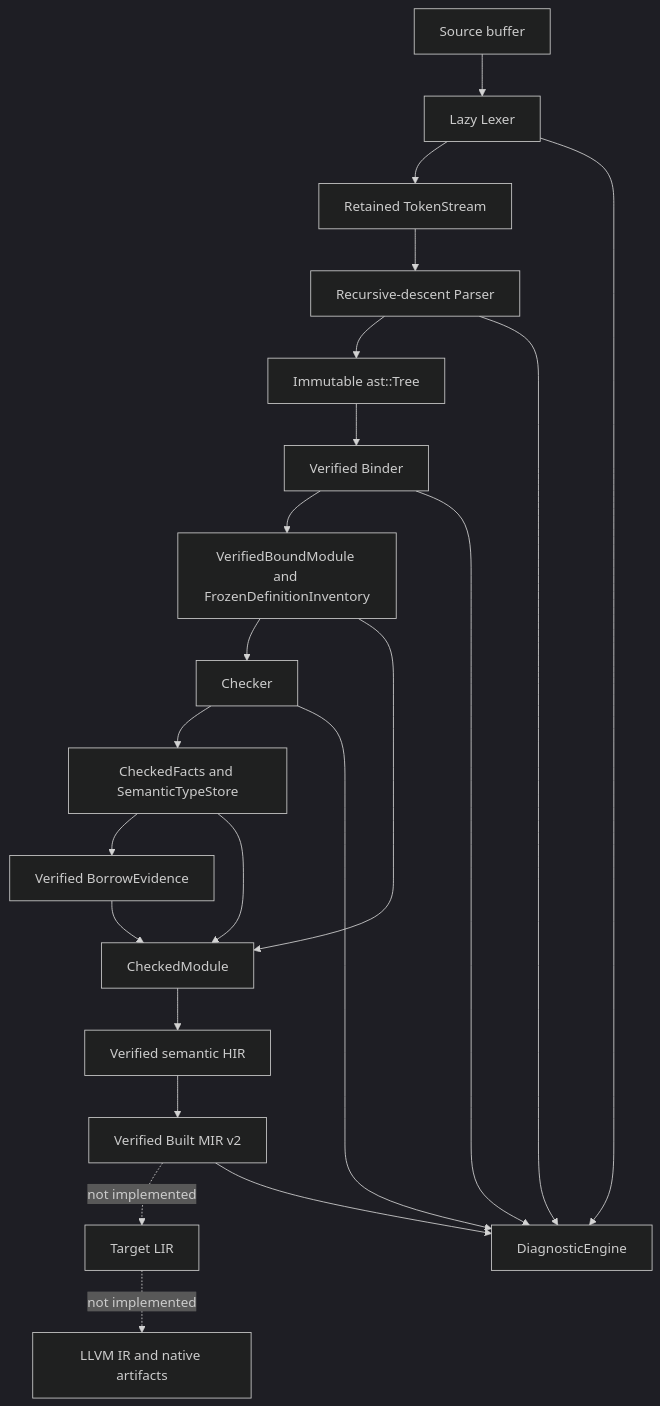
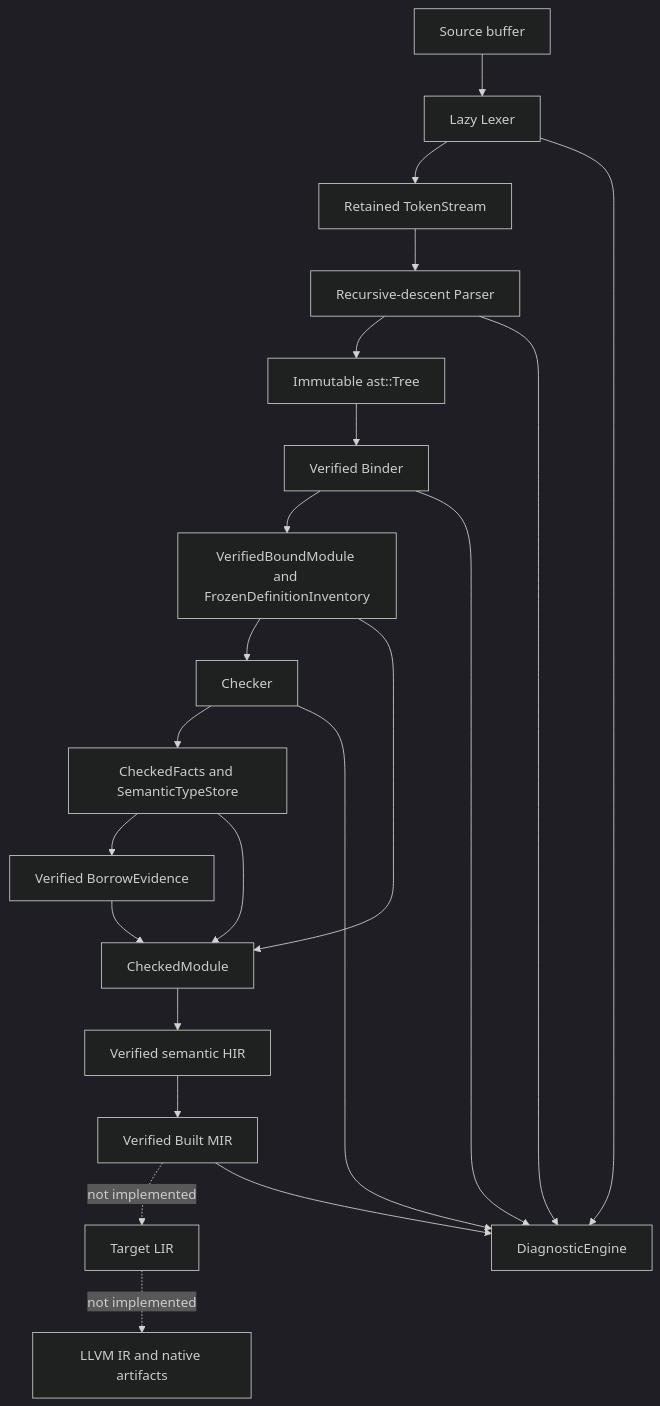
One commit to Zzzode/ZOM changed the diagram in AGENTS.md. Above: the diagram before and after it, drawn with Mermaid (dark theme). The commit also changed other lines of this file, not shown here.

First line of the commit message:
docs(repo): update AGENTS.md for MIR unversioning and design notes

````diff
--- a/AGENTS.md
+++ b/AGENTS.md
@@ -151,24 +151,24 @@
 ```mermaid
 flowchart TD
     S[Source buffer] --> L[Lazy Lexer]
     L --> T[Retained TokenStream]
     T --> P[Recursive-descent Parser]
     P --> A[Immutable ast::Tree]
     A --> B[Verified Binder]
     B --> VB[VerifiedBoundModule and FrozenDefinitionInventory]
     VB --> C[Checker]
     C --> CF[CheckedFacts and SemanticTypeStore]
     CF --> BE[Verified BorrowEvidence]
     VB --> CM[CheckedModule]
     CF --> CM
     BE --> CM
     CM --> H[Verified semantic HIR]
-    H --> M[Verified Built MIR v2]
+    H --> M[Verified Built MIR]
     M -. not implemented .-> R[Target LIR]
     R -. not implemented .-> LLVM[LLVM IR and native artifacts]
     L --> D[DiagnosticEngine]
     P --> D
     B --> D
     C --> D
     M --> D
 ```
````
